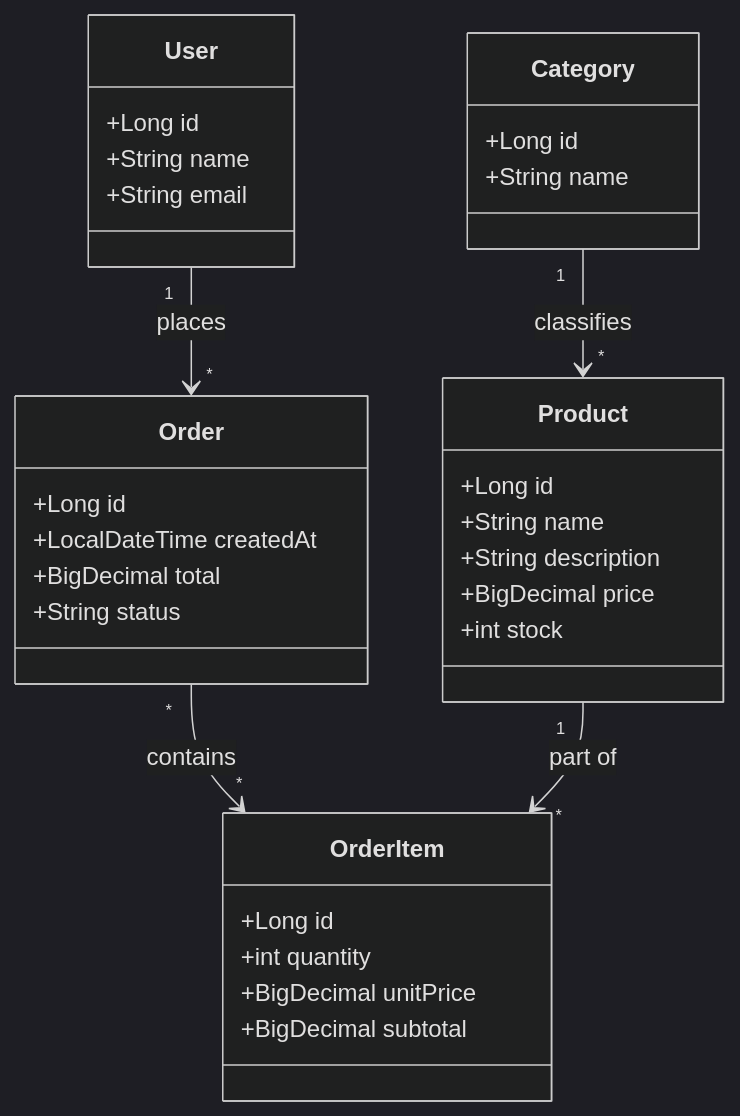
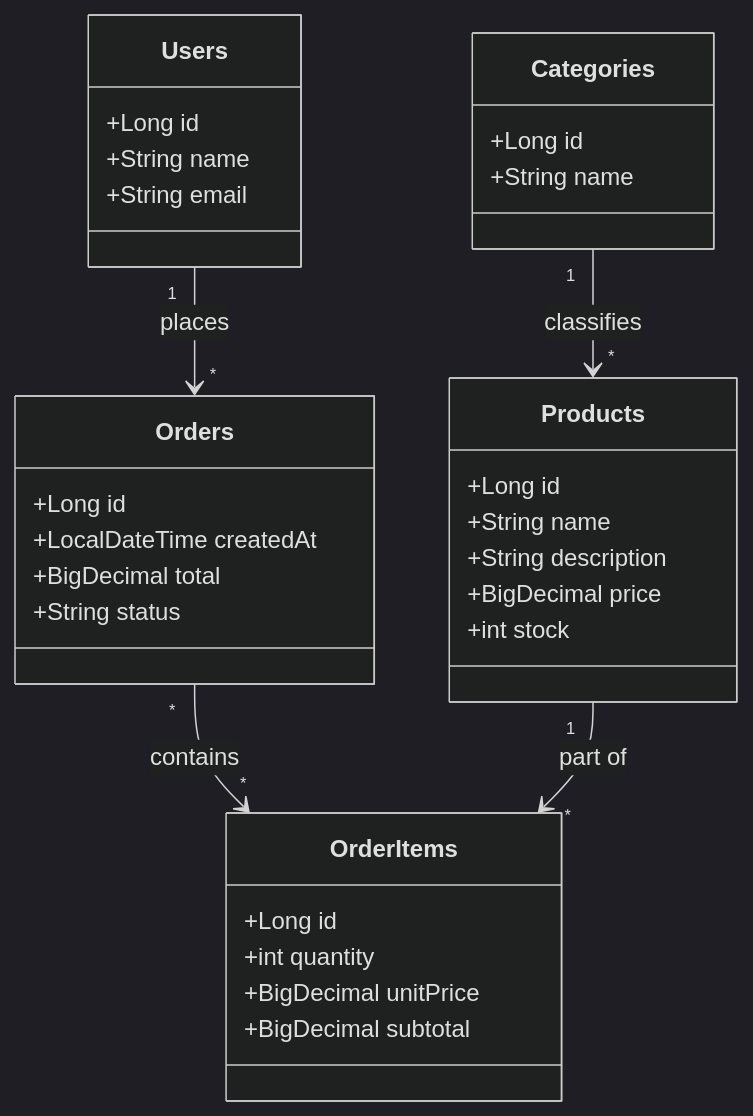
Before and after one commit to Phc01/Order-System-API: the diagram in README.md, drawn with Mermaid (dark theme). The commit also changed other lines of this file, not shown here.

Commit message:
convenção RESTful(ex: Users, Products, ...)

````diff
--- a/README.md
+++ b/README.md
@@ -4,40 +1,40 @@
 ```mermaid
 classDiagram
-    class User {
+    class Users {
         +Long id
         +String name
         +String email
     }
 
-    class Category {
+    class Categories {
         +Long id
         +String name
     }
 
-    class Product {
+    class Products {
         +Long id
         +String name
         +String description
         +BigDecimal price
         +int stock
     }
 
-    class Order {
+    class Orders {
         +Long id
         +LocalDateTime createdAt
         +BigDecimal total
         +String status
     }
 
-    class OrderItem {
+    class OrderItems {
         +Long id
         +int quantity
         +BigDecimal unitPrice
         +BigDecimal subtotal
     }
 
-    User "1" --> "*" Order : places
-    Order "*" --> "*" OrderItem : contains
-    Product "1" --> "*" OrderItem : part of
-    Category "1" --> "*" Product : classifies
+    Users "1" --> "*" Orders : places
+    Orders "*" --> "*" OrderItems : contains
+    Products "1" --> "*" OrderItems : part of
+    Categories "1" --> "*" Products : classifies
 ```
````
